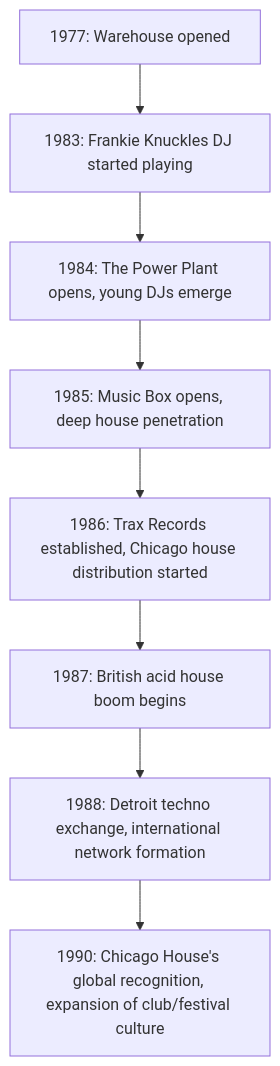
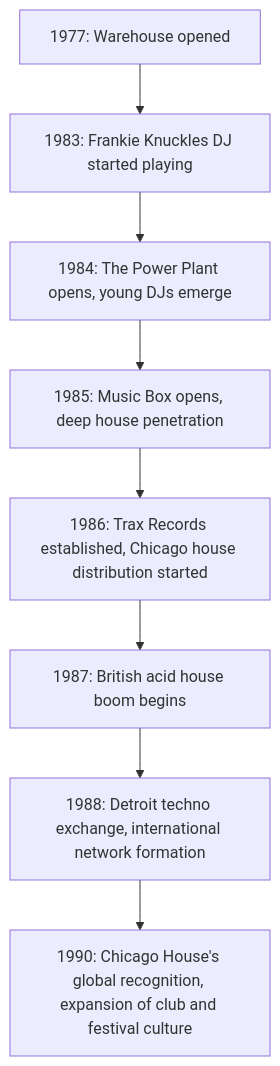
Before and after one commit to monumental-movement/monumental-movement.github.io: the diagram in en/_posts/2025-10-11-Colum-Chicago-House.md, drawn with Mermaid. The commit also changed other lines of this file and 1701 other files, not shown here.

```diff
--- a/en/_posts/2025-10-11-Colum-Chicago-House.md
+++ b/en/_posts/2025-10-11-Colum-Chicago-House.md
@@ -165,12 +161,12 @@
 <div class="mermaid">
 
 flowchart TD
-A1977["1977: Warehouse opened"] --> B1983["1983: Frankie Knuckles DJ started playing"]
-B1983 --> C1984["1984: The Power Plant opens, young DJs emerge"]
-C1984 --> D1985["1985: Music Box opens, deep house penetration"]
-D1985 --> E1986["1986: Trax Records established, Chicago house distribution started"]
-E1986 --> F1987["1987: British acid house boom begins"]
-F1987 --> G1988["1988: Detroit techno exchange, international network formation"]
-G1988 --> H1990["1990: Chicago House's global recognition, expansion of club/festival culture"]
+    A1977["1977: Warehouse opened"] --> B1983["1983: Frankie Knuckles DJ started playing"]
+    B1983 --> C1984["1984: The Power Plant opens, young DJs emerge"]
+    C1984 --> D1985["1985: Music Box opens, deep house penetration"]
+    D1985 --> E1986["1986: Trax Records established, Chicago house distribution started"]
+    E1986 --> F1987["1987: British acid house boom begins"]
+    F1987 --> G1988["1988: Detroit techno exchange, international network formation"]
+    G1988 --> H1990["1990: Chicago House's global recognition, expansion of club and festival culture"]
 
 </div>
```
